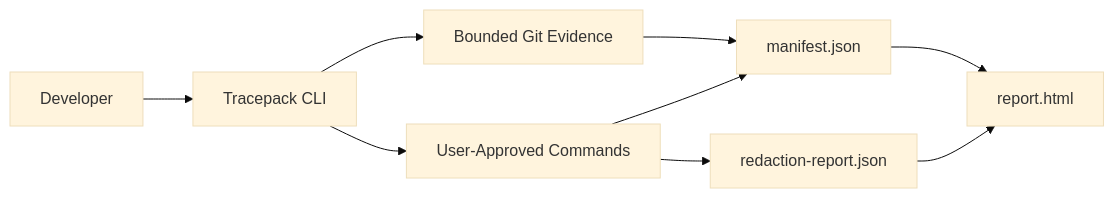
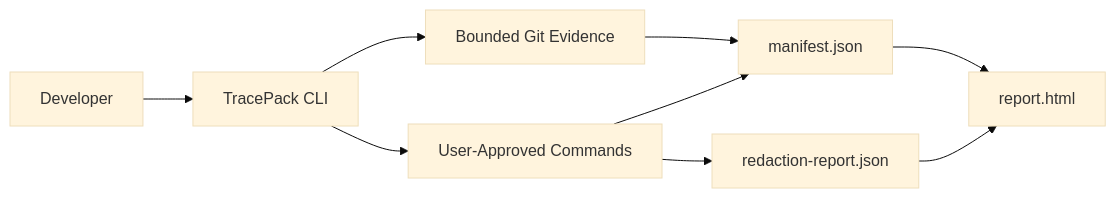
The diagram in docs/architecture.md (addyvantage/TracePack), drawn with Mermaid (base theme) before and after one commit. The commit also changed other lines of this file and 32 other files, not shown here.

Commit message:
Rename project display name to TracePack

````diff
--- a/docs/architecture.md
+++ b/docs/architecture.md
@@ -7,11 +7,11 @@
 ```mermaid
 flowchart LR
-  Dev[Developer] --> CLI[Tracepack CLI]
+  Dev[Developer] --> CLI[TracePack CLI]
   CLI --> Git[Bounded Git Evidence]
   CLI --> Cmd[User-Approved Commands]
   Git --> Manifest[manifest.json]
   Cmd --> Manifest
   Cmd --> Redaction[redaction-report.json]
   Manifest --> Report[report.html]
   Redaction --> Report
 ```
````
